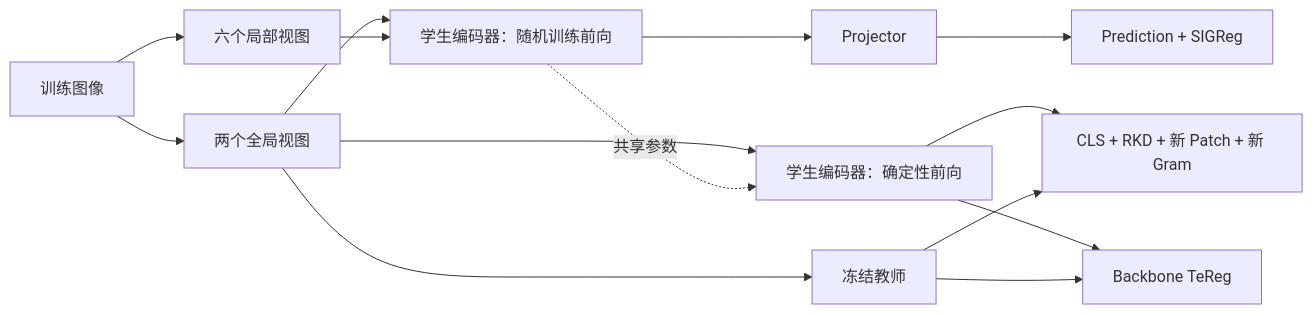
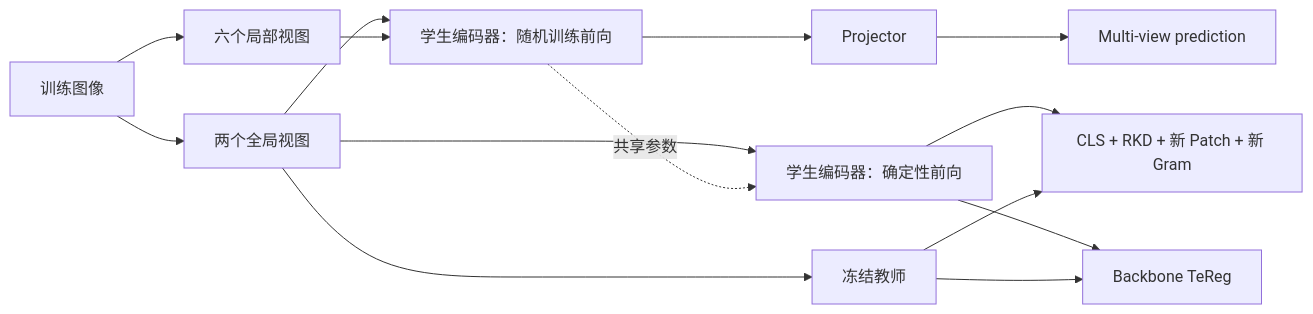
One commit to Wings-Of-Disaster/TeJEPA changed the diagram in METHOD.md. Above: the diagram before and after it, drawn with Mermaid. The commit also changed other lines of this file and 6 other files, not shown here.

````diff
--- a/METHOD.md
+++ b/METHOD.md
@@ -13,16 +15,16 @@
 ```mermaid
 flowchart LR
   X[训练图像] --> G[两个全局视图]
   X --> L[六个局部视图]
   G --> S[学生编码器：随机训练前向]
   L --> S
   S --> P[Projector]
-  P --> B[Prediction + SIGReg]
+  P --> B[Multi-view prediction]
   G --> D[学生编码器：确定性前向]
   S -. 共享参数 .-> D
   G --> T[冻结教师]
   D --> K[CLS + RKD + 新 Patch + 新 Gram]
   T --> K
   D --> R[Backbone TeReg]
   T --> R
 ```
````
